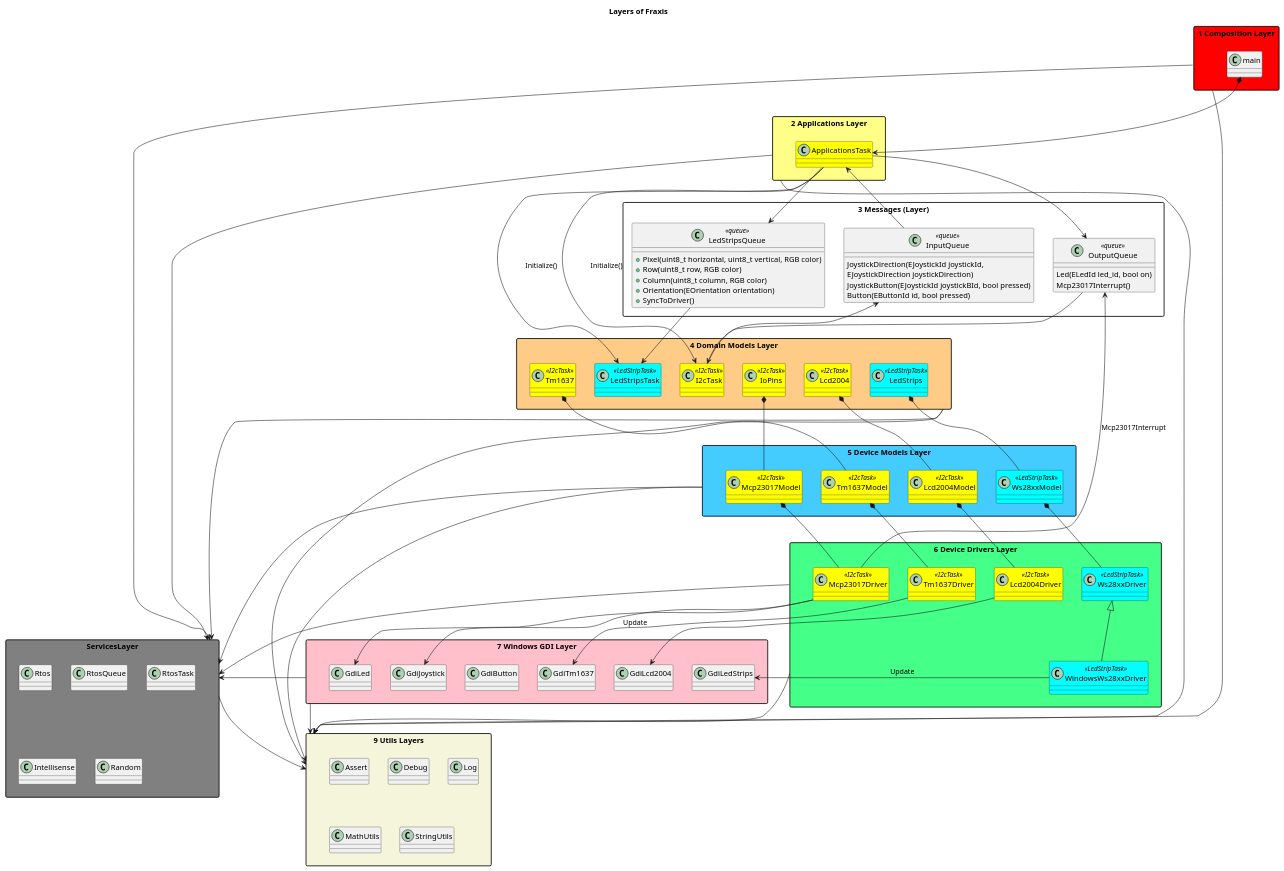
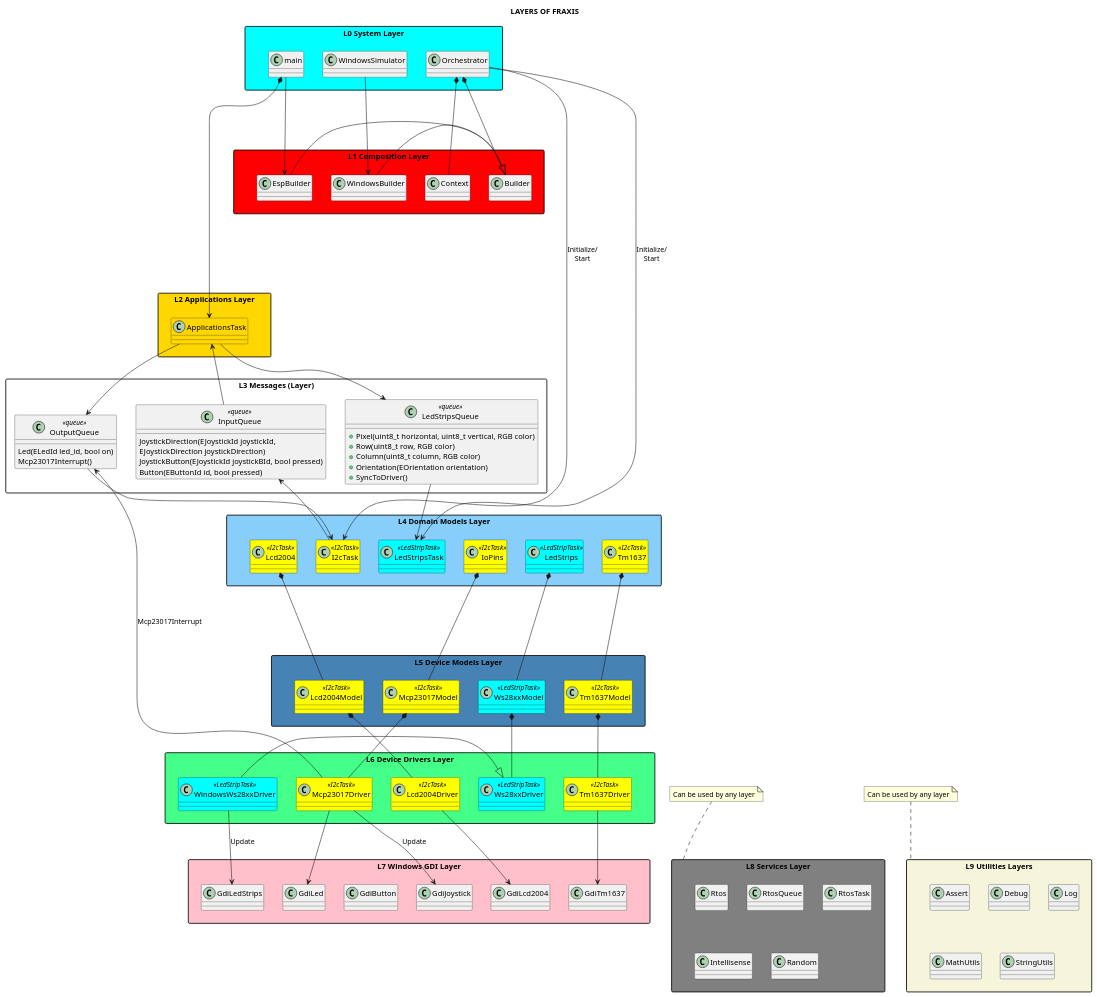
The diagram in Docs/Software Design/Layers/0_layers_overview.puml (michelkeijzers/fraxis), drawn with PlantUML before and after one commit. The commit also changed 122 other files, not shown here.

Commit message:
Introduced L0 System Layer

```diff
--- a/Docs/Software Design/Layers/0_layers_overview.puml
+++ b/Docs/Software Design/Layers/0_layers_overview.puml
@@ -1,152 +1,185 @@
 @startuml
 top to bottom direction
 
-title Layers of Fraxis
+title LAYERS OF FRAXIS
 
 skinparam packageStyle rectangle
 skinparam lineThickness 2
 
-package "1 Composition Layer" as CompositionLayer #red 
+package "L0 System Layer" as SystemLayer #cyan
 {
     class main {}
+    class WindowsSimulator {}
+    class Orchestrator {}
 }
 
-package "2 Applications Layer" as ApplicationsLayer #ff8
+package "L1 Composition Layer" as CompositionLayer #red 
 {
-    class ApplicationsTask #yellow {}
+    class Builder {}
+    class EspBuilder {}
+    class WindowsBuilder {}
+    class Context {}
+
+    EspBuilder -|> Builder
+    WindowsBuilder -|> Builder
 }
+
+main --> EspBuilder
+WindowsSimulator --> WindowsBuilder
+
+Orchestrator *-- Builder
+Orchestrator *-- Context
+
+package "L2 Applications Layer" as ApplicationsLayer #gold
+{
+    class ApplicationsTask #gold {}
+}
+
+SystemLayer -d[hidden]-- CompositionLayer 
+CompositionLayer -d[hidden]-- ApplicationsLayer
 
 main *-->ApplicationsTask
 
-package "3 Messages (Layer)" as MessagesLayer #White
+package "L3 Messages (Layer)" as MessagesLayer #White
 {
     class LedStripsQueue <<queue>> 
     {
         + Pixel(uint8_t horizontal, uint8_t vertical, RGB color)
         + Row(uint8_t row, RGB color)
         + Column(uint8_t column, RGB color)
         + Orientation(EOrientation orientation)
         + SyncToDriver()
     }
 
     class OutputQueue <<queue>> 
     {
         Led(ELedId led_id, bool on)
         Mcp23017Interrupt()
     }
 
     class InputQueue <<queue>> 
     {
         JoystickDirection(EJoystickId joystickId, 
             EJoystickDirection joystickDirection)
         JoystickButton(EJoystickId joystickBId, bool pressed)
         Button(EButtonId id, bool pressed)
     }
 }
 
-package "4 Domain Models Layer" as DomainModelsLayer #fc8
+package "L4 Domain Models Layer" as DomainModelsLayer #LightSkyBlue
 {
     class I2cTask <<I2cTask>> #yellow
     class IoPins <<I2cTask>> #yellow
     class Lcd2004 <<I2cTask>> #yellow
     class Tm1637 <<I2cTask>> #yellow
     class LedStripsTask <<LedStripTask>> #cyan
     class LedStrips <<LedStripTask>> #cyan
 }
 
-ApplicationsTask --> I2cTask: Initialize()
-ApplicationsTask --> LedStripsTask: Initialize()
+Orchestrator --> I2cTask: Initialize/\nStart
+Orchestrator --> LedStripsTask: Initialize/\nStart
 
 ApplicationsTask --> LedStripsQueue
 ApplicationsTask --> OutputQueue
 InputQueue       --> ApplicationsTask
 InputQueue -d[hidden]- DomainModelsLayer
 
 OutputQueue     --> I2cTask
 LedStripsQueue  --> LedStripsTask
 I2cTask         --> InputQueue
 
-package "5 Device Models Layer" as DeviceModelsLayer #4cf
+package "L5 Device Models Layer" as DeviceModelsLayer #SteelBlue
 {
     class Ws28xxModel <<LedStripTask>> #cyan
     class Mcp23017Model <<I2cTask>> #yellow
     class Tm1637Model <<I2cTask>> #yellow
     class Lcd2004Model <<I2cTask>> #yellow
 
     LedStrips *-- Ws28xxModel
     IoPins *- Mcp23017Model
     Tm1637 *- Tm1637Model
     Lcd2004 *- Lcd2004Model
 }
 
 DeviceModelsLayer -u[hidden]-- DomainModelsLayer
 
-package "6 Device Drivers Layer" as DeviceDriversLayer #4f8
+package "L6 Device Drivers Layer" as DeviceDriversLayer #4f8
 {
+    class WindowsWs28xxDriver <<LedStripTask>> #cyan
     class Ws28xxDriver <<LedStripTask>> #cyan
-    class WindowsWs28xxDriver <<LedStripTask>> #cyan
-    WindowsWs28xxDriver -u-|> Ws28xxDriver 
+    WindowsWs28xxDriver -|> Ws28xxDriver 
     class Mcp23017Driver <<I2cTask>> #yellow
     class Tm1637Driver <<I2cTask>> #yellow
     class Lcd2004Driver <<I2cTask>> #yellow
 }
 
 Ws28xxModel    *-- Ws28xxDriver 
 Mcp23017Model  *-- Mcp23017Driver 
 Mcp23017Driver  -u-> OutputQueue : Mcp23017Interrupt
 Tm1637Model    *-- Tm1637Driver
 Lcd2004Model   *-- Lcd2004Driver
 
-package "7 Windows GDI Layer" as WindowsGdiLayer #pink
+package "L7 Windows GDI Layer" as WindowsGdiLayer #pink
 {
     class GdiLedStrips
     class GdiJoystick
     class GdiLed
     class GdiButton
     class GdiTm1637
     class GdiLcd2004
 }
 
 DeviceDriversLayer -u[hidden]-- WindowsGdiLayer
-WindowsGdiLayer -u[hidden]-- ServicesLayer
 
 WindowsWs28xxDriver ->  GdiLedStrips : Update
 Mcp23017Driver --> GdiJoystick : Update
 Mcp23017Driver -> GdiLed
 Tm1637Driver --> GdiTm1637
 Lcd2004Driver --> GdiLcd2004
 
-package "Services Layer" as ServicesLayer #grey
+package "L8 Services Layer" as ServicesLayer #grey
 {
     class Rtos {}
     class RtosQueue {}
     class RtosTask {}
     class Intellisense {}
     class Random {}
 }
+note top of ServicesLayer
+    Can be used by any layer
+end note
 
-CompositionLayer --> ServicesLayer
-ApplicationsLayer --> ServicesLayer
-DomainModelsLayer --> ServicesLayer
-DeviceModelsLayer --> ServicesLayer
-DeviceDriversLayer --> ServicesLayer
-WindowsGdiLayer --> ServicesLayer
+ServicesLayer -l[hidden]- WindowsGdiLayer
 
-package "9 Utils Layers" as UtilsLayer #Beige
+' CompositionLayer --> ServicesLayer
+' ApplicationsLayer --> ServicesLayer
+' DomainModelsLayer --> ServicesLayer
+' DeviceModelsLayer --> ServicesLayer
+' DeviceDriversLayer --> ServicesLayer
+' WindowsGdiLayer --> ServicesLayer
+
+package "L9 Utilities Layers" as UtilitiesLayer #Beige
 {
     class Assert {}
     class Debug {}
     class Log {}
     class MathUtils {}
     class StringUtils {}
 }
+note top of UtilitiesLayer
+    Can be used by any layer
+end note
 
-CompositionLayer --> UtilsLayer
-ApplicationsLayer --> UtilsLayer
-DomainModelsLayer --> UtilsLayer
-DeviceModelsLayer --> UtilsLayer
-DeviceDriversLayer --> UtilsLayer
-WindowsGdiLayer --> UtilsLayer
-ServicesLayer --> UtilsLayer
+UtilitiesLayer -l[hidden]- WindowsGdiLayer
+
+' CompositionLayer --> UtilsLayer
+' ApplicationsLayer --> UtilsLayer
+' DomainModelsLayer --> UtilsLayer
+' DeviceModelsLayer --> UtilsLayer
+' DeviceDriversLayer --> UtilsLayer
+' WindowsGdiLayer --> UtilsLayer
+' ServicesLayer --> UtilsLayer
+
+'WindowsGdiLayer -u[hidden]-- ServicesLayer
 
 @enduml
```
